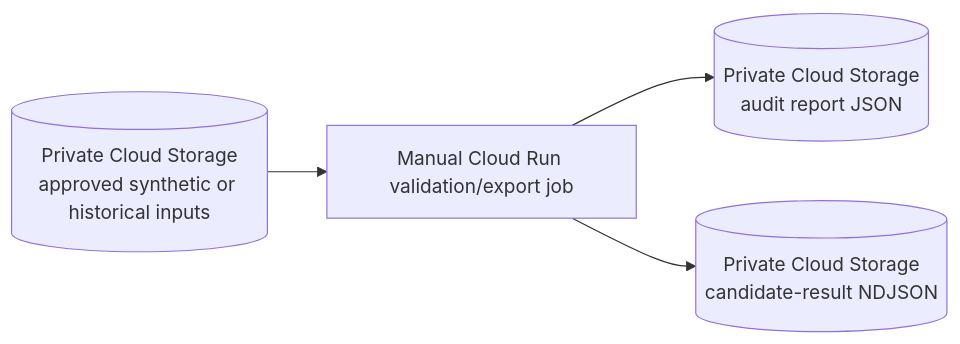
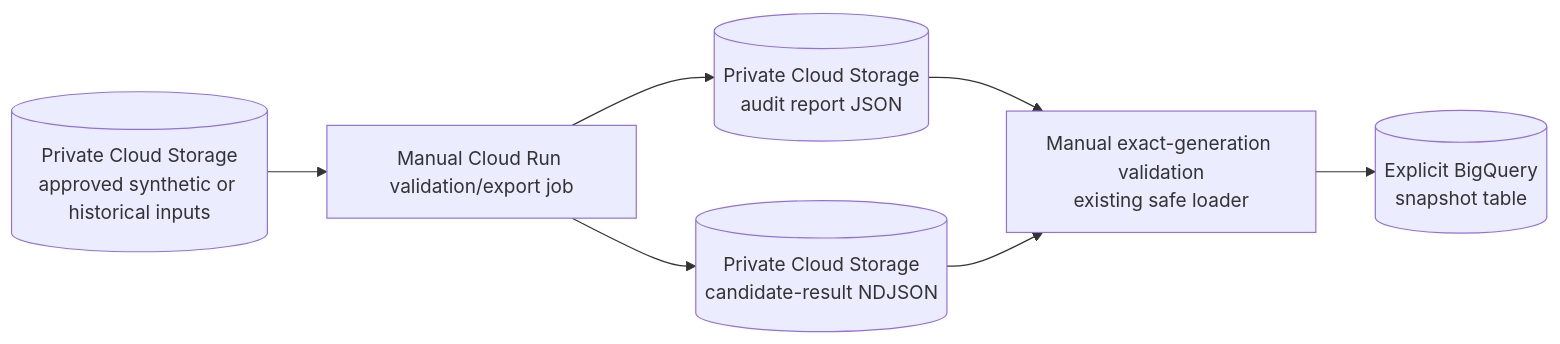
The second of 2 diagrams in docs/architecture.md (mifuha/runwx), drawn with Mermaid before and after one commit. The commit also changed other lines of this file and 3 other files, not shown here.

Commit message:
docs: record cloud export BigQuery validation

````diff
--- a/docs/architecture.md
+++ b/docs/architecture.md
@@ -112,6 +112,9 @@
 ```mermaid
 flowchart LR
     inputs[("Private Cloud Storage<br/>approved synthetic or historical inputs")] --> job["Manual Cloud Run validation/export job"]
     job --> reports[("Private Cloud Storage<br/>audit report JSON")]
     job --> exports[("Private Cloud Storage<br/>candidate-result NDJSON")]
+    reports --> loader["Manual exact-generation validation<br/>existing safe loader"]
+    exports --> loader
+    loader --> snapshot[("Explicit BigQuery<br/>snapshot table")]
 ```
````
